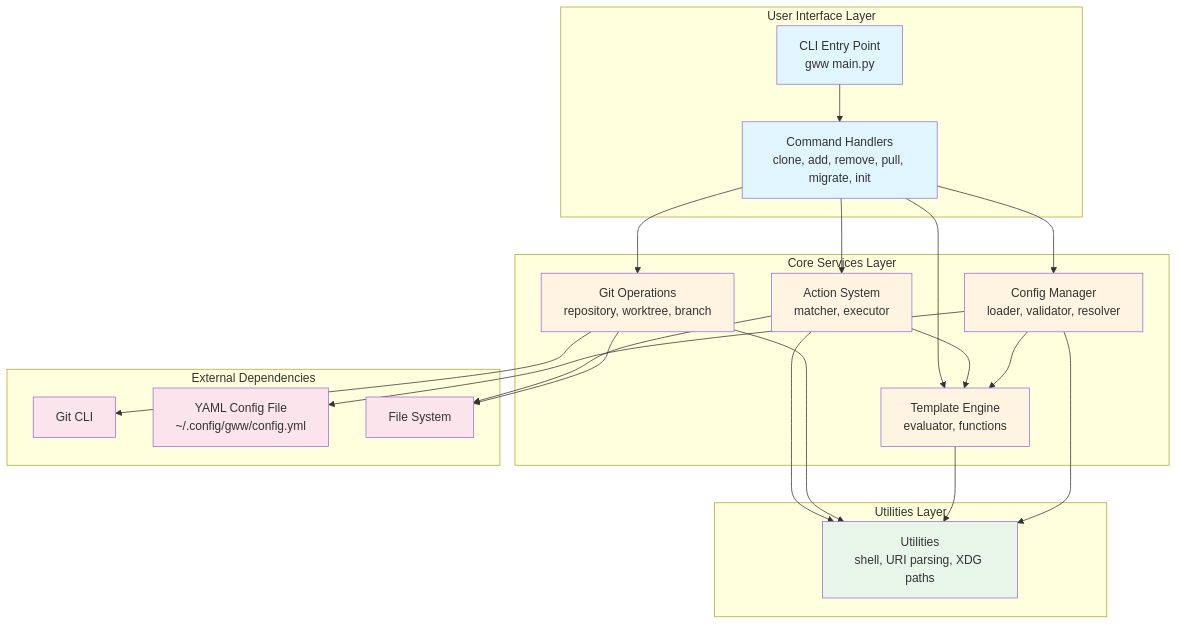
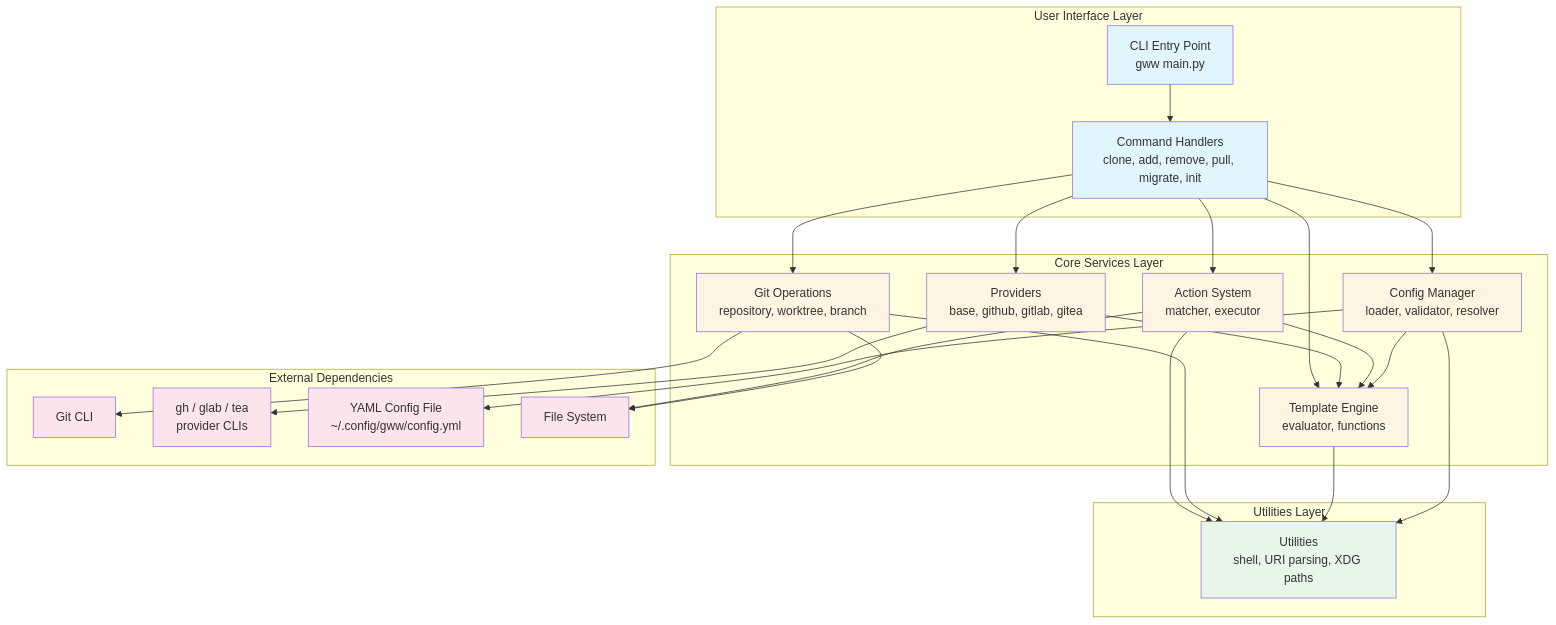
Before and after one commit to vadimvolk/git-worktree-wrapper: the diagram in docs/architecture.md, drawn with Mermaid. The commit also changed other lines of this file and 22 other files, not shown here.

````diff
--- a/docs/architecture.md
+++ b/docs/architecture.md
@@ -6,56 +6,64 @@
 ```mermaid
 graph TB
     subgraph "User Interface Layer"
         CLI[CLI Entry Point<br/>gww main.py]
         Commands[Command Handlers<br/>clone, add, remove, pull, migrate, init]
     end
 
     subgraph "Core Services Layer"
         ConfigMgr[Config Manager<br/>loader, validator, resolver]
         TemplateEngine[Template Engine<br/>evaluator, functions]
         GitOps[Git Operations<br/>repository, worktree, branch]
         ActionSys[Action System<br/>matcher, executor]
+        Providers[Providers<br/>base, github, gitlab, gitea]
     end
 
     subgraph "Utilities Layer"
         Utils[Utilities<br/>shell, URI parsing, XDG paths]
     end
 
     subgraph "External Dependencies"
         Git[Git CLI]
+        GitHubCLI[gh / glab / tea<br/>provider CLIs]
         ConfigFile[YAML Config File<br/>~/.config/gww/config.yml]
         FileSystem[File System]
     end
 
     CLI --> Commands
     Commands --> ConfigMgr
     Commands --> GitOps
     Commands --> ActionSys
-    
+    Commands --> Providers
+
     ConfigMgr --> TemplateEngine
     ConfigMgr --> ConfigFile
     ConfigMgr --> Utils
-    
+
     TemplateEngine --> Utils
-    
+
     GitOps --> Git
     GitOps --> FileSystem
     GitOps --> Utils
-    
+
     ActionSys --> TemplateEngine
     ActionSys --> FileSystem
     ActionSys --> Utils
-    
+
+    Providers --> TemplateEngine
+    Providers --> GitHubCLI
+
     Commands --> TemplateEngine
 
     style CLI fill:#e1f5ff
     style Commands fill:#e1f5ff
     style ConfigMgr fill:#fff4e1
     style TemplateEngine fill:#fff4e1
     style GitOps fill:#fff4e1
     style ActionSys fill:#fff4e1
+    style Providers fill:#fff4e1
     style Utils fill:#e8f5e9
     style Git fill:#fce4ec
+    style GitHubCLI fill:#fce4ec
     style ConfigFile fill:#fce4ec
     style FileSystem fill:#fce4ec
 ```
````
